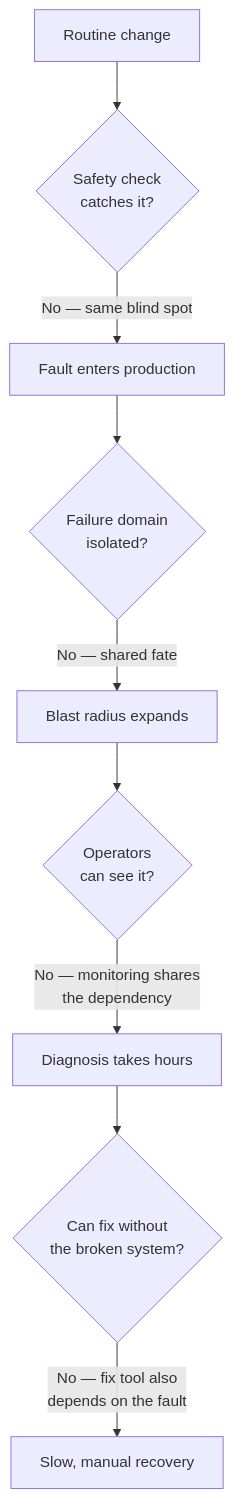
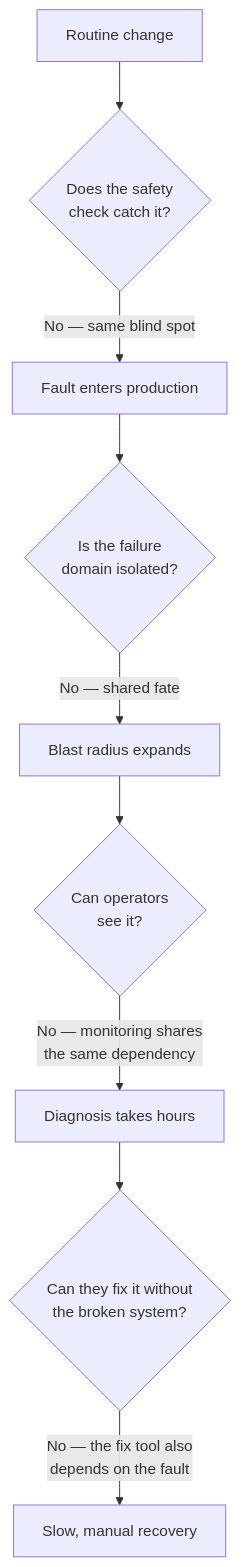
One commit to riyaz-pasha/Learnings changed the first of 11 diagrams in system-design/HLD/0-course/39-Spectacular-Failures-FAANG-Guide-story.md. Above: the diagram before and after it, drawn with Mermaid. The commit also changed other lines of this file and 1 other file, not shown here.

Commit message:
[REWRITE] Spectacular Failures story guide: simplify prose, add structure, fix diagrams

````diff
--- a/system-design/HLD/0-course/39-Spectacular-Failures-FAANG-Guide-story.md
+++ b/system-design/HLD/0-course/39-Spectacular-Failures-FAANG-Guide-story.md
@@ -31,11 +40,11 @@
 ```mermaid
 flowchart TD
-    A[Routine change] --> B{Safety check<br/>catches it?}
-    B -- "No — same blind spot" --> C[Fault enters production]
-    C --> D{Failure domain<br/>isolated?}
-    D -- "No — shared fate" --> E[Blast radius expands]
-    E --> F{Operators<br/>can see it?}
-    F -- "No — monitoring shares<br/>the dependency" --> G[Diagnosis takes hours]
-    G --> H{Can fix without<br/>the broken system?}
-    H -- "No — fix tool also<br/>depends on the fault" --> I[Slow, manual recovery]
+    A["Routine change"] --> B{"Does the safety<br/>check catch it?"}
+    B -- "No — same blind spot" --> C["Fault enters production"]
+    C --> D{"Is the failure<br/>domain isolated?"}
+    D -- "No — shared fate" --> E["Blast radius expands"]
+    E --> F{"Can operators<br/>see it?"}
+    F -- "No — monitoring shares<br/>the same dependency" --> G["Diagnosis takes hours"]
+    G --> H{"Can they fix it without<br/>the broken system?"}
+    H -- "No — the fix tool also<br/>depends on the fault" --> I["Slow, manual recovery"]
 ```
````
